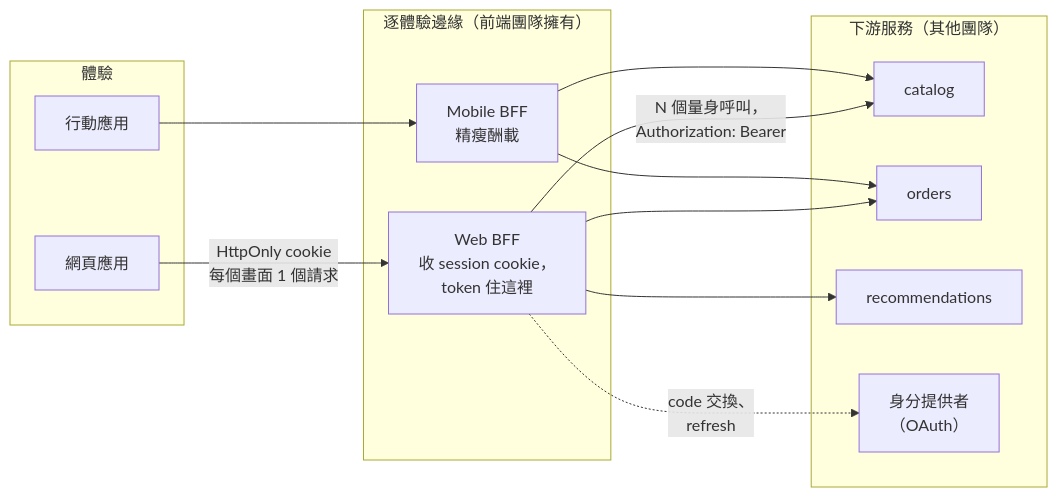
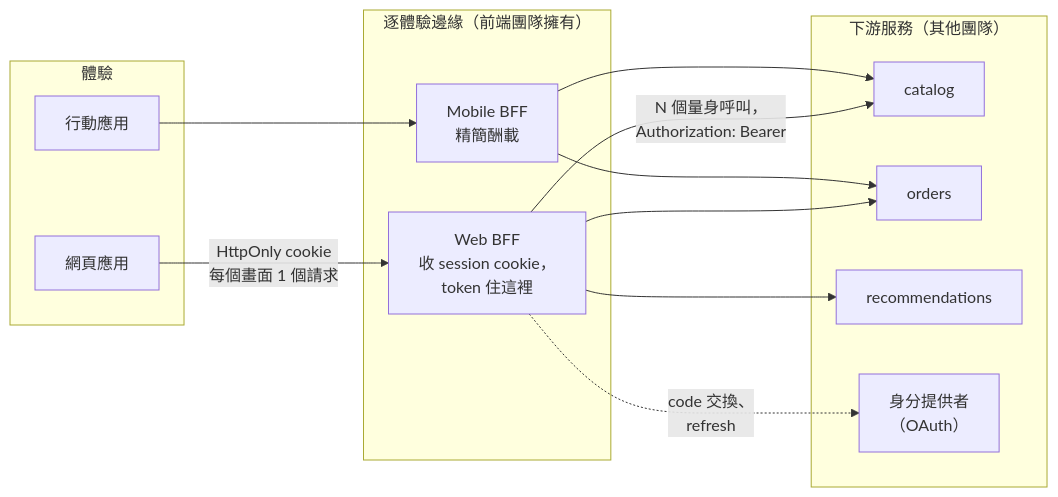
The diagram in docs/zh-tw/Application Architecture and Scaling Patterns/backend-for-frontend.md (alivedise/frontend-engineering-essentials), drawn with Mermaid before and after one commit. The commit also changed other lines of this file and 7 other files, not shown here.

First line of the commit message:
docs(app-architecture): address adversarial review for FEE-1903..1906

````diff
--- a/docs/zh-tw/Application Architecture and Scaling Patterns/backend-for-frontend.md
+++ b/docs/zh-tw/Application Architecture and Scaling Patterns/backend-for-frontend.md
@@ -20,25 +20,25 @@
 ```mermaid
 flowchart LR
     subgraph clients ["體驗"]
         WEB["網頁應用"]
         MOB["行動應用"]
     end
     subgraph edge ["逐體驗邊緣（前端團隊擁有）"]
         WBFF["Web BFF<br/>收 session cookie，<br/>token 住這裡"]
-        MBFF["Mobile BFF<br/>精瘦酬載"]
+        MBFF["Mobile BFF<br/>精簡酬載"]
     end
     subgraph down ["下游服務（其他團隊）"]
         CAT["catalog"]
         ORD["orders"]
         REC["recommendations"]
         IDP["身分提供者<br/>（OAuth）"]
     end
     WEB -- "HttpOnly cookie<br/>每個畫面 1 個請求" --> WBFF
     MOB --> MBFF
     WBFF -- "N 個量身呼叫，<br/>Authorization: Bearer" --> CAT
     WBFF --> ORD
     WBFF --> REC
     WBFF -. "code 交換、<br/>refresh" .-> IDP
     MBFF --> CAT
     MBFF --> ORD
 ```
````
